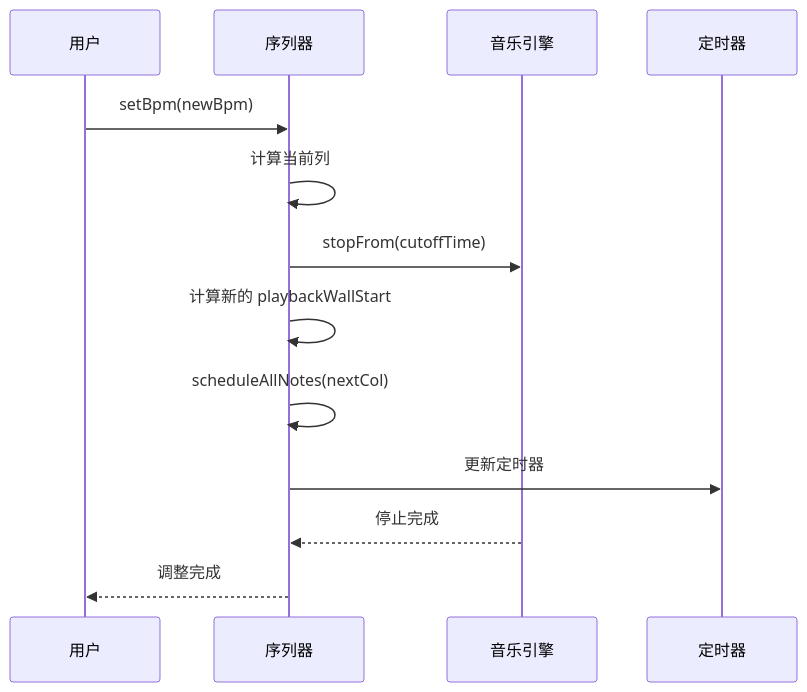
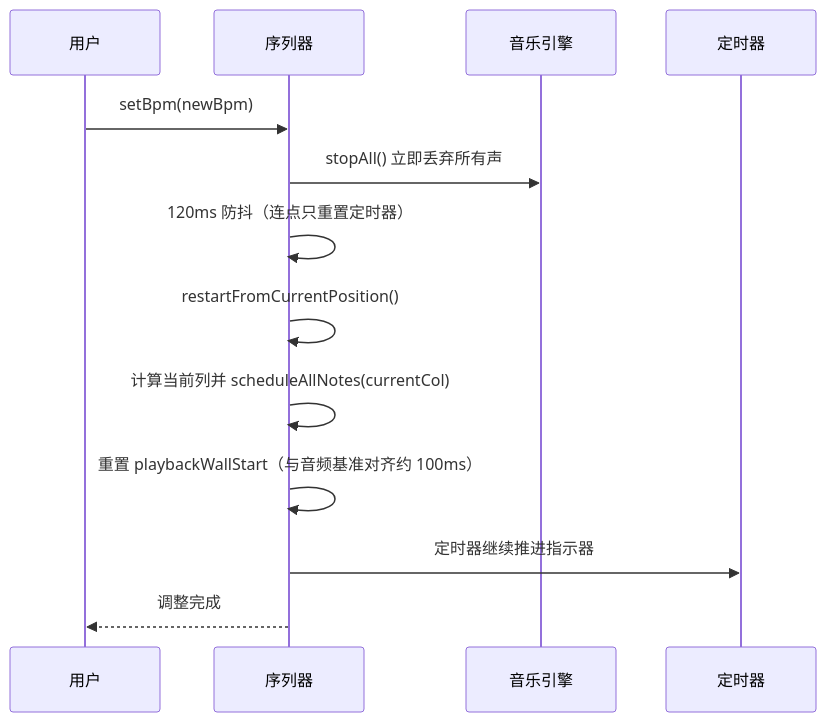
The sixth of 9 diagrams in wiki/播放控制系统/序列器核心实现.md (wingmeng/SUBOR-Music-Board), drawn with Mermaid before and after one commit. The commit also changed other lines of this file and 45 other files, not shown here.

````diff
--- a/wiki/播放控制系统/序列器核心实现.md
+++ b/wiki/播放控制系统/序列器核心实现.md
@@ -284,15 +284,15 @@
 ```mermaid
 sequenceDiagram
 participant User as 用户
 participant Sequencer as 序列器
 participant Engine as 音乐引擎
 participant Timer as 定时器
 User->>Sequencer : setBpm(newBpm)
-Sequencer->>Sequencer : 计算当前列
-Sequencer->>Engine : stopFrom(cutoffTime)
-Sequencer->>Sequencer : 计算新的 playbackWallStart
-Sequencer->>Sequencer : scheduleAllNotes(nextCol)
-Sequencer->>Timer : 更新定时器
-Engine-->>Sequencer : 停止完成
+Sequencer->>Engine : stopAll() 立即丢弃所有声
+Sequencer->>Sequencer : 120ms 防抖（连点只重置定时器）
+Sequencer->>Sequencer : restartFromCurrentPosition()
+Sequencer->>Sequencer : 计算当前列并 scheduleAllNotes(currentCol)
+Sequencer->>Sequencer : 重置 playbackWallStart（与音频基准对齐约 100ms）
+Sequencer->>Timer : 定时器继续推进指示器
 Sequencer-->>User : 调整完成
 ```
````
